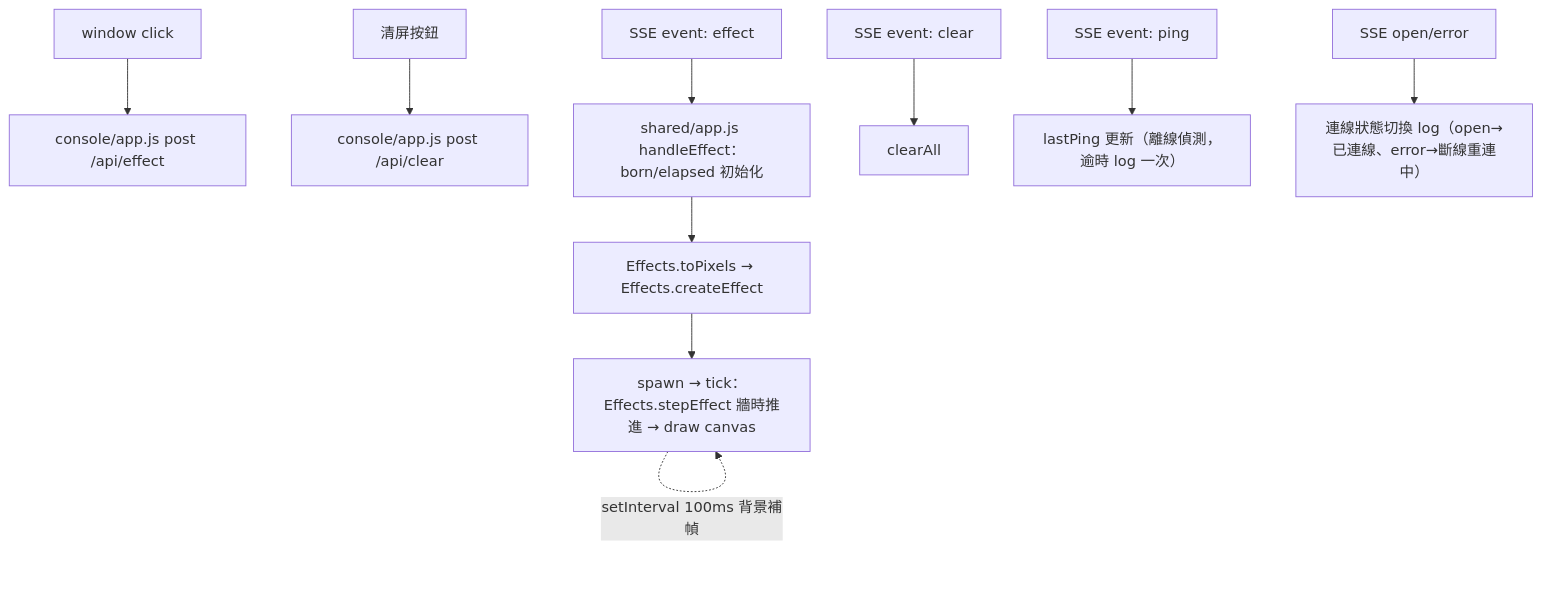
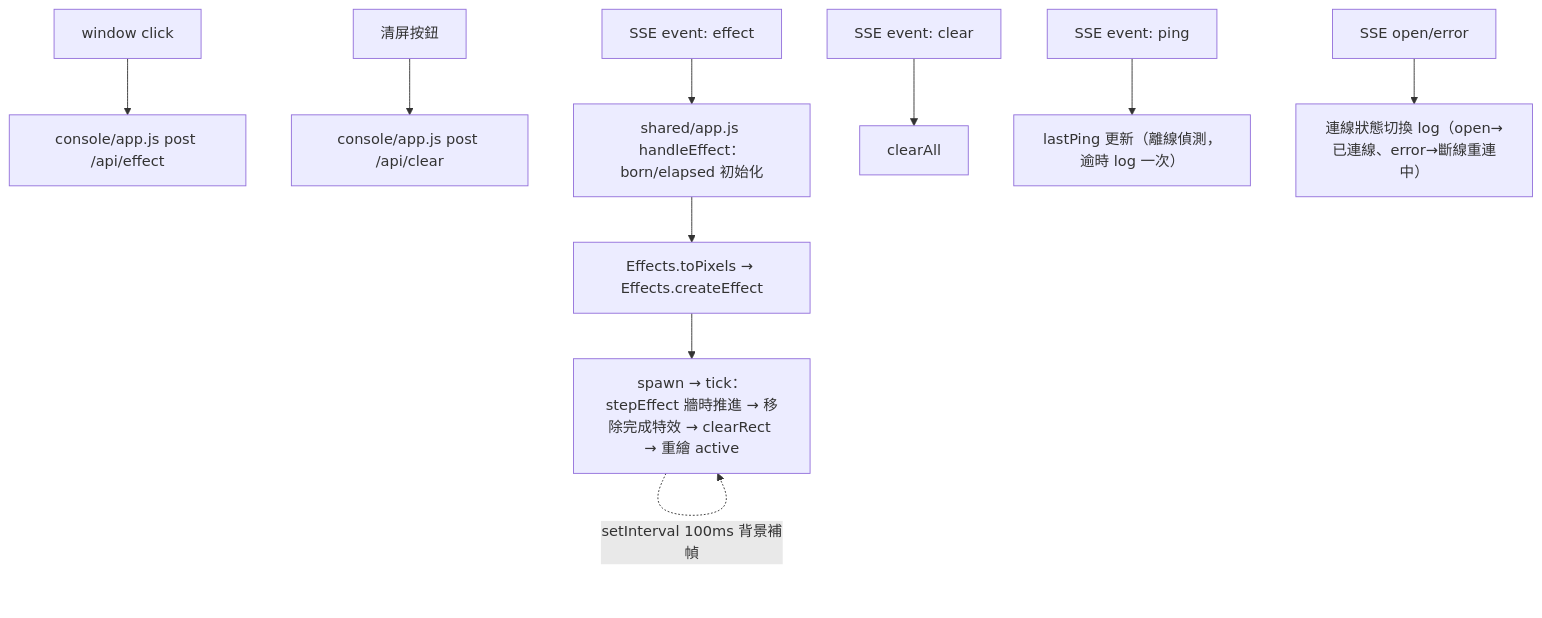
One commit to zivngit/Real-time-Interaction-html changed the second of 3 diagrams in docs/agents/CALL_GRAPH.md. Above: the diagram before and after it, drawn with Mermaid. The commit also changed other lines of this file and 2 other files, not shown here.

Commit message:
fix(viewer): 每幀清除重繪渲染迴圈，消除殘影累積（v3）
根因：tick 僅在 active 空時才 clearRect，而 draw 為附加式繪製，完成特效的最後一幀永久殘留；console 持續發送時 active 永不為空→殘影累積，空閒後才一次性清空。重寫 tick 為「移除完成特效→clearRect→重繪 active」，canvas 成為當下狀態純函數。版本標記升至 v3。

````diff
--- a/docs/agents/CALL_GRAPH.md
+++ b/docs/agents/CALL_GRAPH.md
@@ -32,13 +32,13 @@
 ```mermaid
 flowchart TD
     A1[window click] --> A2[console/app.js post /api/effect]
     A3[清屏按鈕] --> A4[console/app.js post /api/clear]
     S1[SSE event: effect] --> B1[shared/app.js handleEffect：born/elapsed 初始化]
     B1 --> B2[Effects.toPixels → Effects.createEffect]
-    B2 --> B3[spawn → tick：Effects.stepEffect 牆時推進 → draw canvas]
+    B2 --> B3[spawn → tick：stepEffect 牆時推進 → 移除完成特效 → clearRect → 重繪 active]
     B3 -. "rAF 前台平滑" .-> B3
     B3 -. "setInterval 100ms 背景補幀" .-> B3
     S2[SSE event: clear] --> B4[clearAll]
     S3[SSE event: ping] --> B5[lastPing 更新（離線偵測，逾時 log 一次）]
     S4[SSE open/error] --> B6[連線狀態切換 log（open→已連線、error→斷線重連中）]
 ```
````
